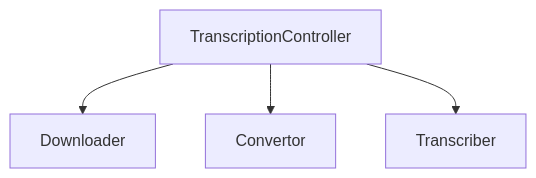
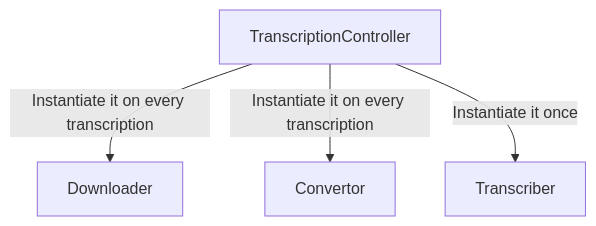
One commit to math-pixel/TheTranscriber changed the diagram in transcription/readme.md. Above: the diagram before and after it, drawn with Mermaid. The commit also changed 6 other files, not shown here.

````diff
--- a/transcription/readme.md
+++ b/transcription/readme.md
@@ -13,6 +13,6 @@
 ```mermaid
 graph TD;
-    TranscriptionController-->Downloader;
-    TranscriptionController-->Convertor;
-    TranscriptionController-->Transcriber;
+    TranscriptionController-->|Instantiate it on every transcription|Downloader;
+    TranscriptionController-->|Instantiate it on every transcription|Convertor;
+    TranscriptionController-->|Instantiate it once|Transcriber;
 ```
````
